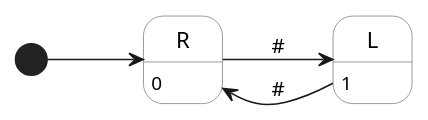
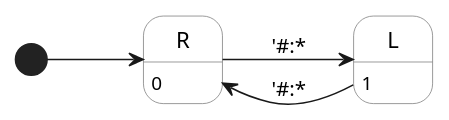
One commit to phbenisc/msiComplexTheorie changed the diagram in src/main/resources/uebung5/exercise01a0.puml. Above: the diagram before and after it, drawn with PlantUML.

Commit message:
fix: override symbol was not in diagram

```diff
--- a/src/main/resources/uebung5/exercise01a0.puml
+++ b/src/main/resources/uebung5/exercise01a0.puml
@@ -1,20 +1,20 @@
 @startuml
 left to right direction
 
 skinparam state {
   BackgroundColor White
   BorderColor Gray
 }
 
 [*] --> 0
 
 state "R" as 0
 state "L" as 1
 
 0:0
 1:1
 
 
-0 --> 1 : #
-1 --> 0 : #
+0 --> 1 : '#:*
+1 --> 0 : '#:*
 @enduml
```
